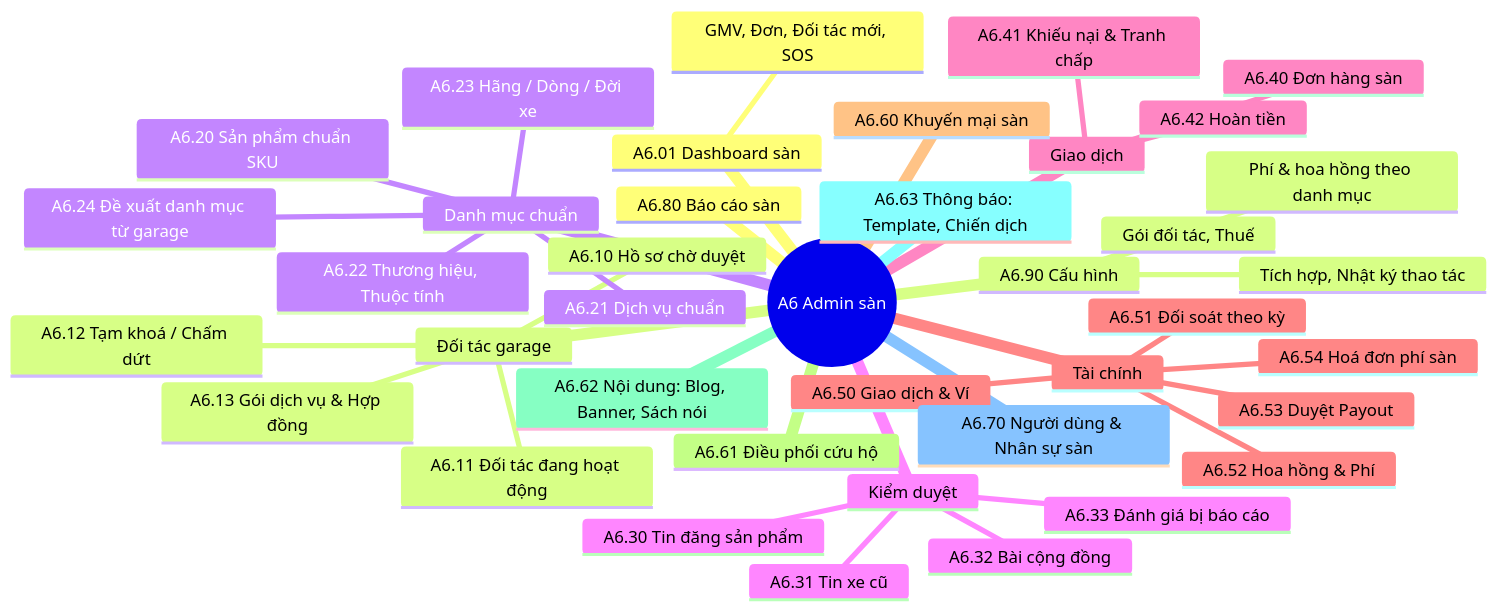
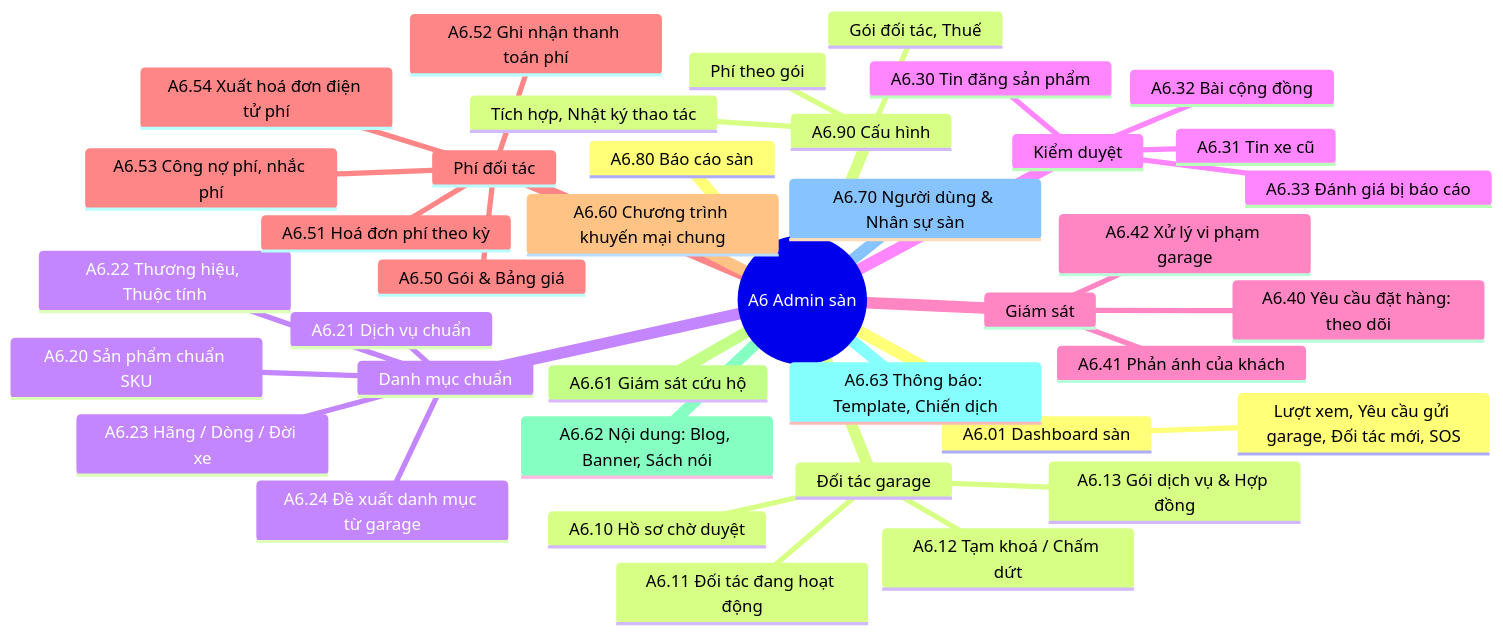
Before and after one commit to south93/cardiy-crm: the fifth of 5 diagrams in docs/03-so-do-man-hinh.md, drawn with Mermaid. The commit also changed other lines of this file and 9 other files, not shown here.

First line of the commit message:
Cập nhật đặc tả: sàn chỉ là trung gian, cứu hộ là dịch vụ của garage; thêm lộ trình

````diff
--- a/docs/03-so-do-man-hinh.md
+++ b/docs/03-so-do-man-hinh.md
@@ -199,42 +199,42 @@
 ```mermaid
 mindmap
   root((A6 Admin sàn))
     A6.01 Dashboard sàn
-      GMV, Đơn, Đối tác mới, SOS
+      Lượt xem, Yêu cầu gửi garage, Đối tác mới, SOS
     Đối tác garage
       A6.10 Hồ sơ chờ duyệt
       A6.11 Đối tác đang hoạt động
       A6.12 Tạm khoá / Chấm dứt
       A6.13 Gói dịch vụ & Hợp đồng
     Danh mục chuẩn
       A6.20 Sản phẩm chuẩn SKU
       A6.21 Dịch vụ chuẩn
       A6.22 Thương hiệu, Thuộc tính
       A6.23 Hãng / Dòng / Đời xe
       A6.24 Đề xuất danh mục từ garage
     Kiểm duyệt
       A6.30 Tin đăng sản phẩm
       A6.31 Tin xe cũ
       A6.32 Bài cộng đồng
       A6.33 Đánh giá bị báo cáo
-    Giao dịch
-      A6.40 Đơn hàng sàn
-      A6.41 Khiếu nại & Tranh chấp
-      A6.42 Hoàn tiền
-    Tài chính
-      A6.50 Giao dịch & Ví
-      A6.51 Đối soát theo kỳ
-      A6.52 Hoa hồng & Phí
-      A6.53 Duyệt Payout
-      A6.54 Hoá đơn phí sàn
-    A6.60 Khuyến mại sàn
-    A6.61 Điều phối cứu hộ
+    Giám sát
+      A6.40 Yêu cầu đặt hàng: theo dõi
+      A6.41 Phản ánh của khách
+      A6.42 Xử lý vi phạm garage
+    Phí đối tác
+      A6.50 Gói & Bảng giá
+      A6.51 Hoá đơn phí theo kỳ
+      A6.52 Ghi nhận thanh toán phí
+      A6.53 Công nợ phí, nhắc phí
+      A6.54 Xuất hoá đơn điện tử phí
+    A6.60 Chương trình khuyến mại chung
+    A6.61 Giám sát cứu hộ
     A6.62 Nội dung: Blog, Banner, Sách nói
     A6.63 Thông báo: Template, Chiến dịch
     A6.70 Người dùng & Nhân sự sàn
     A6.80 Báo cáo sàn
     A6.90 Cấu hình
-      Phí & hoa hồng theo danh mục
+      Phí theo gói
       Gói đối tác, Thuế
       Tích hợp, Nhật ký thao tác
 ```
````
